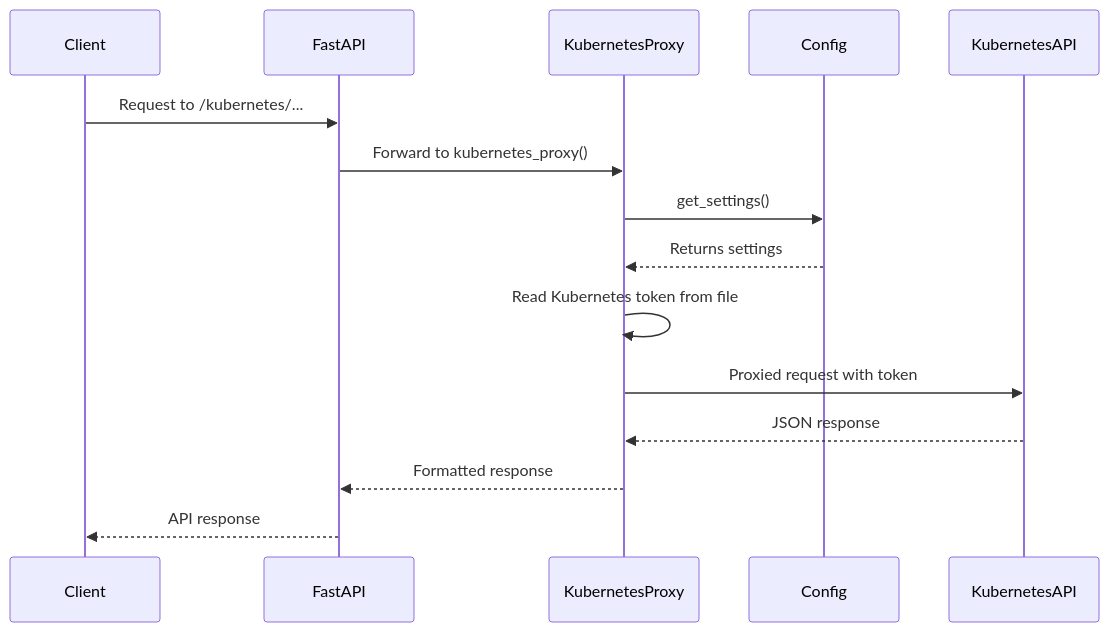
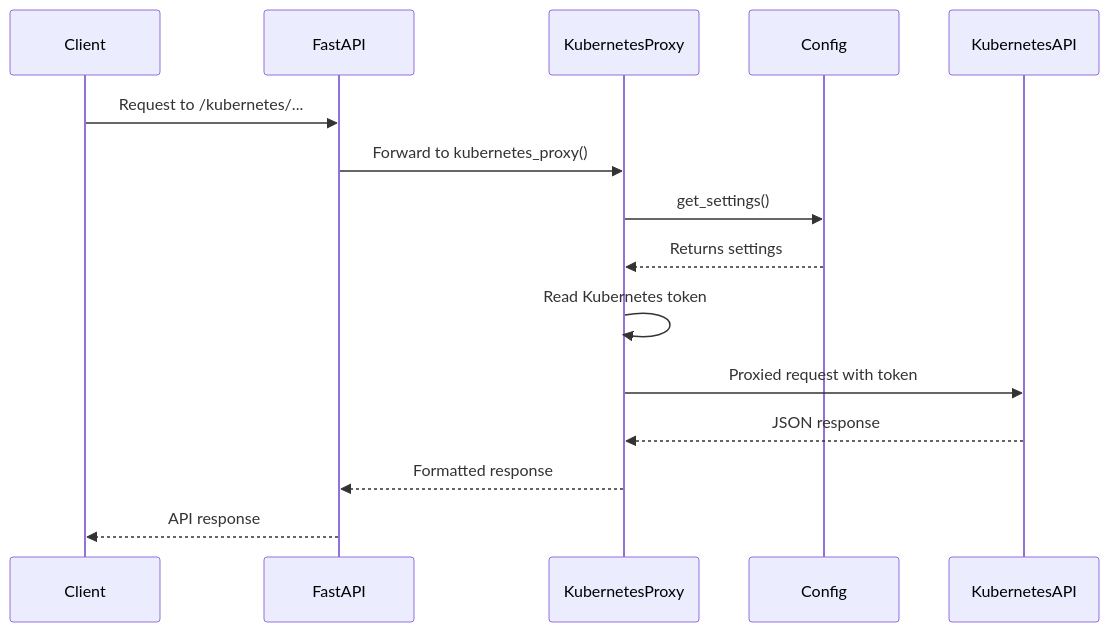
One commit to lloydchang/tvp-k8s changed the diagram in fastapi/mermaid/kubernetes-proxy-sequence.mermaid. Above: the diagram before and after it, drawn with Mermaid.

```diff
--- a/fastapi/mermaid/kubernetes-proxy-sequence.mermaid
+++ b/fastapi/mermaid/kubernetes-proxy-sequence.mermaid
@@ -1,17 +1,17 @@
 sequenceDiagram
     participant Client
     participant FastAPI
     participant KubernetesProxy
     participant Config
     participant KubernetesAPI
     
     Client->>FastAPI: Request to /kubernetes/...
     FastAPI->>KubernetesProxy: Forward to kubernetes_proxy()
     KubernetesProxy->>Config: get_settings()
     Config-->>KubernetesProxy: Returns settings
     
-    KubernetesProxy->>KubernetesProxy: Read Kubernetes token from file
+    KubernetesProxy->>KubernetesProxy: Read Kubernetes token
     KubernetesProxy->>KubernetesAPI: Proxied request with token
     KubernetesAPI-->>KubernetesProxy: JSON response
     KubernetesProxy-->>FastAPI: Formatted response
     FastAPI-->>Client: API response
```
